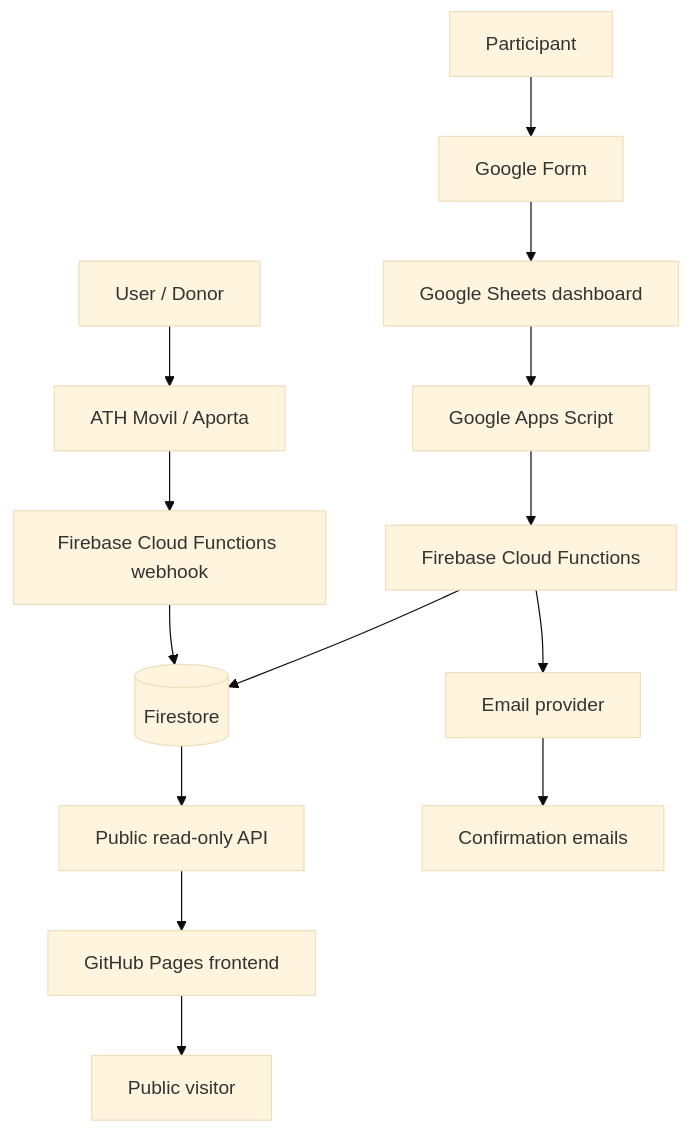
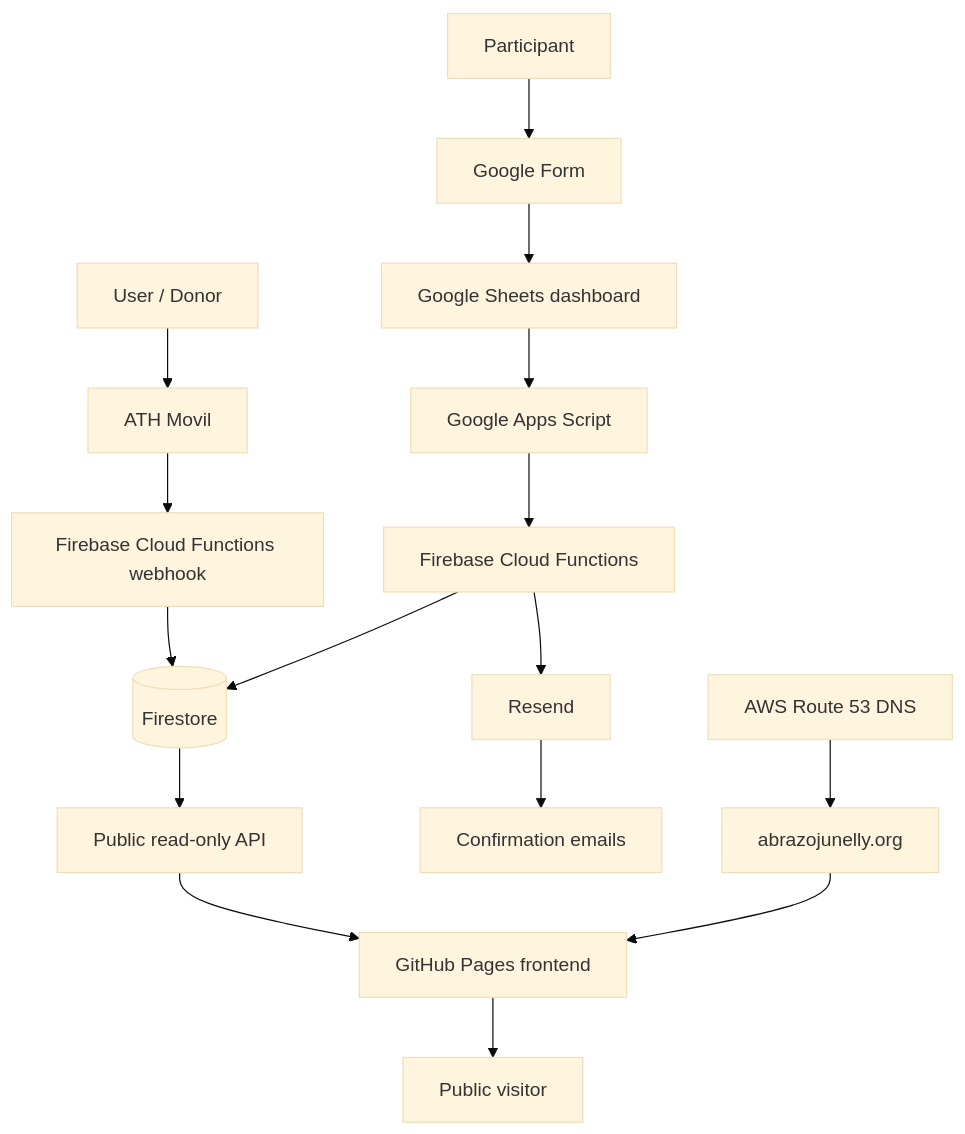
Before and after one commit to Janiel777/abrazo-junelly-frontend: the diagram in docs/architecture.md, drawn with Mermaid (base theme). The commit also changed other lines of this file and 7 other files, not shown here.

````diff
--- a/docs/architecture.md
+++ b/docs/architecture.md
@@ -5,19 +5,22 @@
 ```mermaid
 flowchart TD
-  donor[User / Donor] --> ath[ATH Movil / Aporta]
+  donor[User / Donor] --> ath[ATH Movil]
   ath --> webhook[Firebase Cloud Functions webhook]
   webhook --> firestore[(Firestore)]
 
   participant[Participant] --> form[Google Form]
   form --> sheets[Google Sheets dashboard]
   sheets --> apps[Google Apps Script]
   apps --> functions[Firebase Cloud Functions]
   functions --> firestore
 
   firestore --> api[Public read-only API]
   api --> frontend[GitHub Pages frontend]
   frontend --> visitor[Public visitor]
 
-  functions --> emailProvider[Email provider]
-  emailProvider --> emails[Confirmation emails]
+  functions --> resend[Resend]
+  resend --> emails[Confirmation emails]
+
+  route53[AWS Route 53 DNS] --> domain[abrazojunelly.org]
+  domain --> frontend
 ```
````
